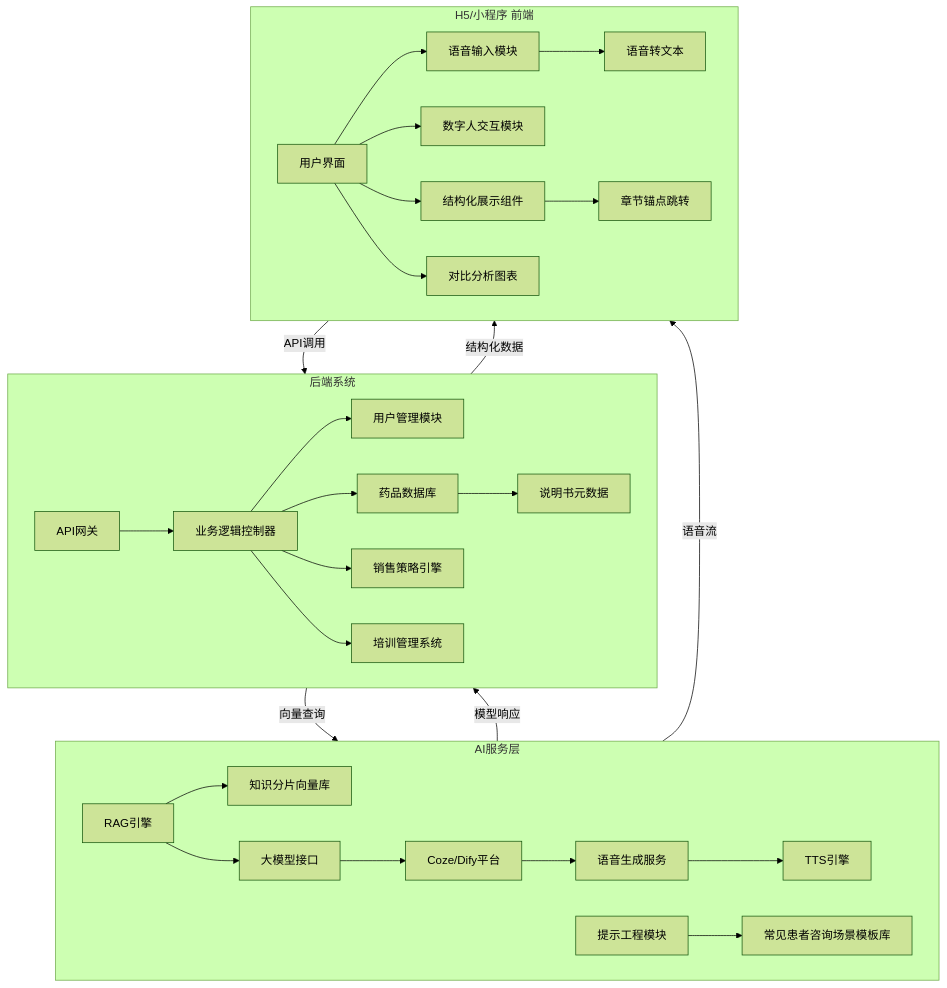
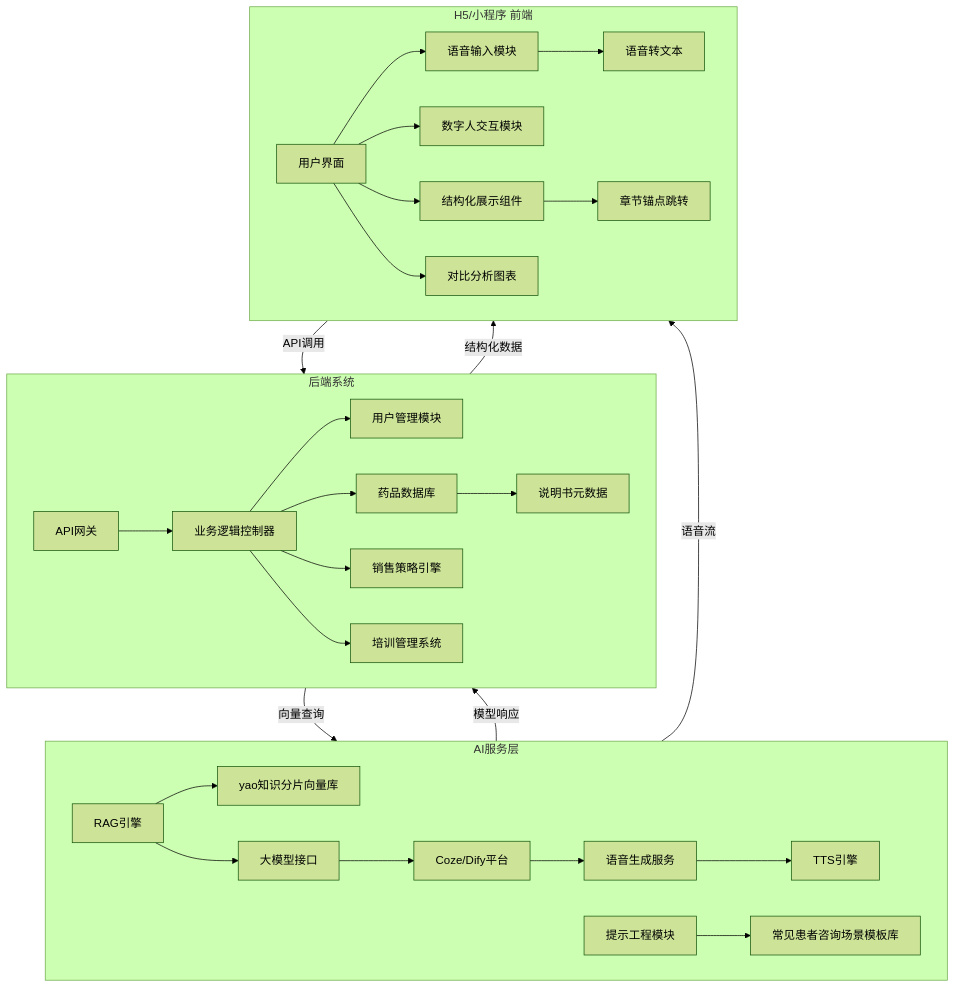
The diagram in all/结构图.md (funnyData/iodraw-files), drawn with Mermaid (forest theme) before and after one commit.

Commit message:
2025-02-19 20:36:02 update

````diff
--- a/all/结构图.md
+++ b/all/结构图.md
@@ -1,39 +1,39 @@
 ```mermaid
 %% 结构图
 graph TD
     subgraph AI[AI服务层]
-        O[RAG引擎] --> P[知识分片向量库]
+        O[RAG引擎] --> P[yao知识分片向量库]
         O --> Q[大模型接口]
         Q --> R[Coze/Dify平台]
         R --> S
         S[语音生成服务] --> T[TTS引擎]
         U[提示工程模块] --> V[常见患者咨询场景模板库]
     end
 
 
     subgraph Backend[后端系统]
         H[API网关] --> I[业务逻辑控制器]
         I --> J[用户管理模块]
         I --> K[药品数据库]
         I --> L[销售策略引擎]
         I --> M[培训管理系统]
         K --> N[说明书元数据]
     end
 
     subgraph Frontend[H5/小程序 前端]
         A[用户界面] --> B[语音输入模块]
         A --> C[数字人交互模块]
         A --> D[结构化展示组件]
         A --> E[对比分析图表]
         B --> F[语音转文本]
         D --> G[章节锚点跳转]
     end
 
 
 
     Frontend -->|API调用| Backend
     Backend -->|向量查询| AI
     AI -->|模型响应| Backend
     Backend -->|结构化数据| Frontend
     AI -->|语音流| Frontend
 ```
````
